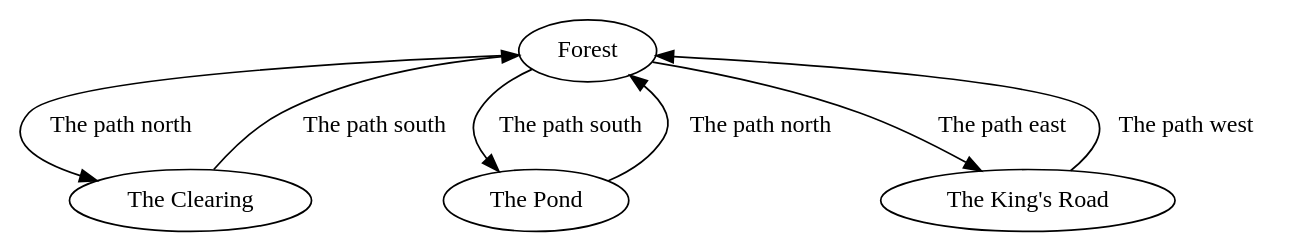
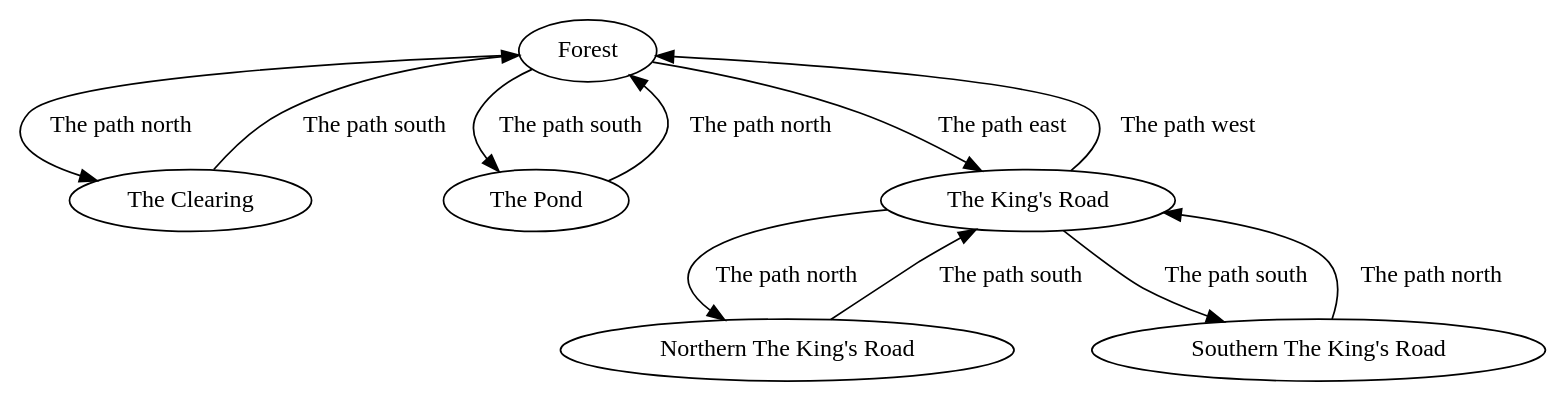
The diagram in src/main/resources/map.dot (trayburn/Siege), drawn with Graphviz before and after one commit.

Commit message:
extending the King's Road

```diff
--- a/src/main/resources/map.dot
+++ b/src/main/resources/map.dot
@@ -1,15 +1,23 @@
 digraph map {
     forest [label="Forest", desc=""]
     clearing [label="The Clearing", desc=""]
     pond [label="The Pond", desc=""]
     road [label="The King's Road", desc=""]
+    nroad [label="Northern The King's Road"]
+    sroad [label="Southern The King's Road"]
 
     forest -> pond [label="The path south", aliases="south,s"]
     pond -> forest [label="The path north", aliases="north,n"]
 
     forest -> clearing [label="The path north", aliases="north,n"]
     clearing -> forest [label="The path south", aliases="south,s"]
 
     forest -> road [label="The path east", aliases="east,e"]
     road -> forest [label="The path west", aliases="west,w"]
+
+    road -> sroad [label="The path south", aliases="south,s"]
+    sroad -> road [label="The path north", aliases="north,n"]
+
+    road -> nroad [label="The path north", aliases="north,n"]
+    nroad -> road [label="The path south", aliases="south,s"]
 }
```
